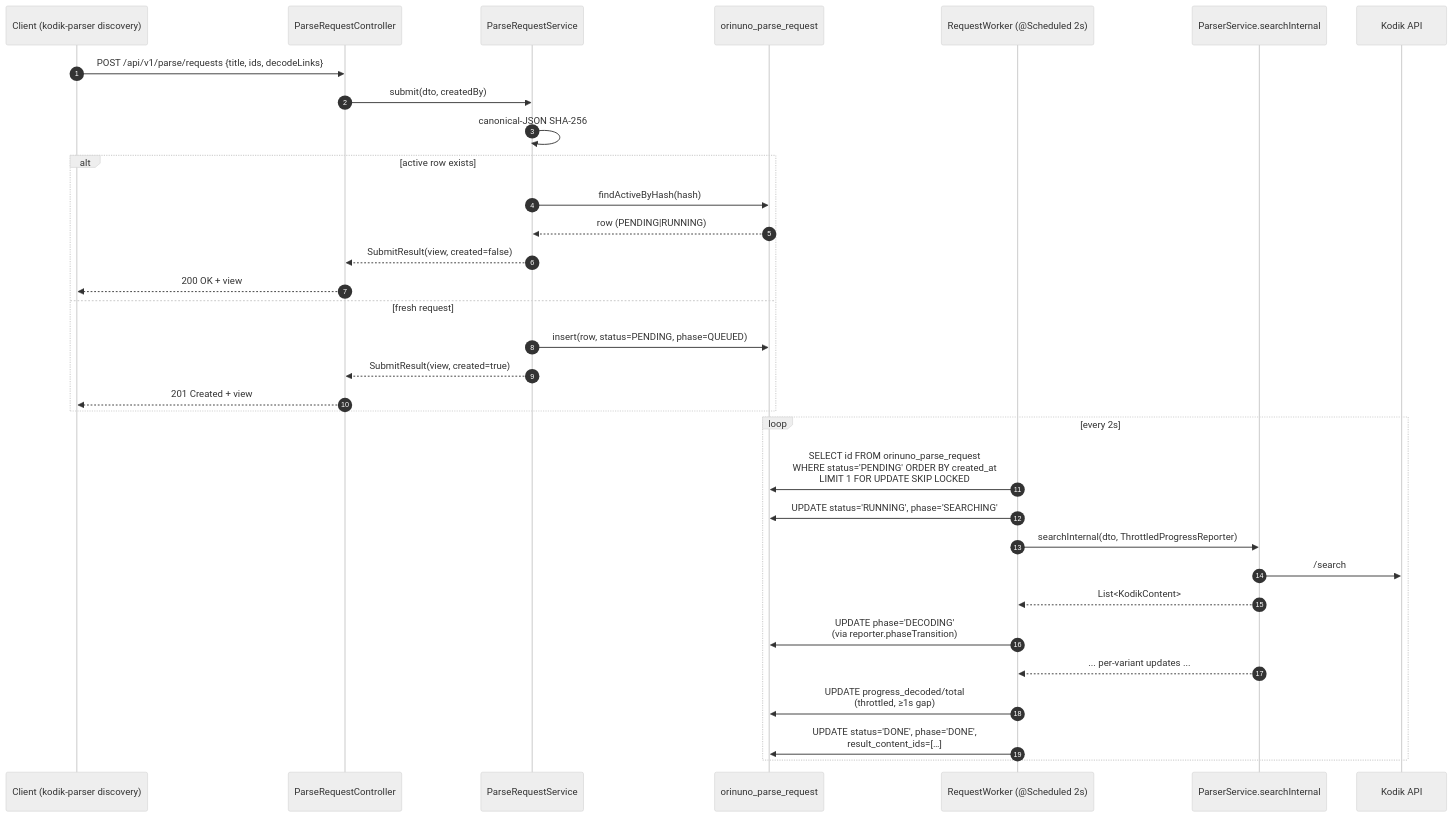
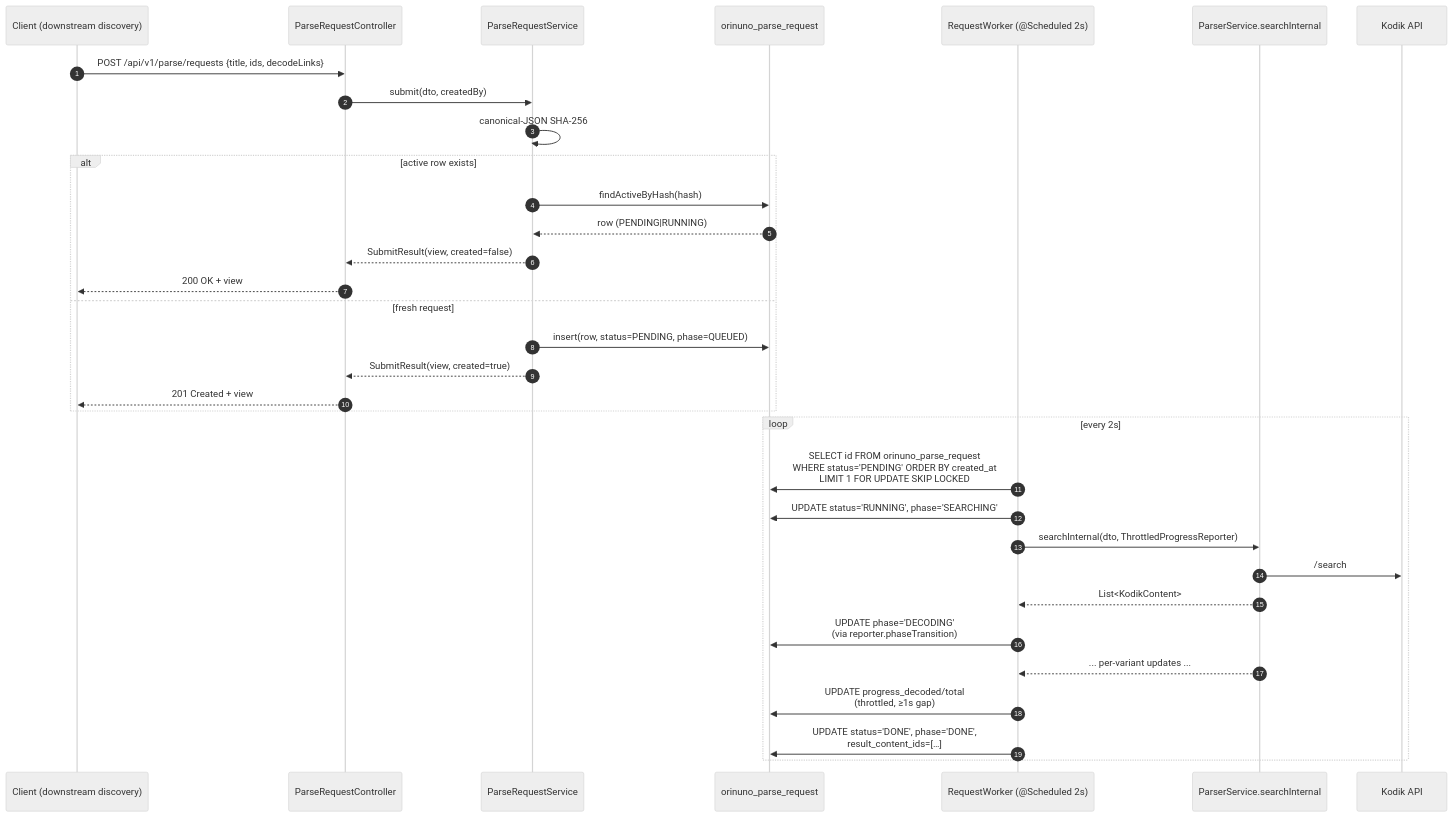
One commit to Samehadar/orinuno changed the first of 2 diagrams in docs-site/src/content/docs/architecture/parse-requests.md. Above: the diagram before and after it, drawn with Mermaid (neutral theme). The commit also changed other lines of this file and 54 other files, not shown here.

````diff
--- a/docs-site/src/content/docs/architecture/parse-requests.md
+++ b/docs-site/src/content/docs/architecture/parse-requests.md
@@ -21,37 +21,37 @@
 ```mermaid
 sequenceDiagram
     autonumber
-    participant Client as Client (kodik-parser discovery)
+    participant Client as Client (downstream discovery)
     participant API as ParseRequestController
     participant Service as ParseRequestService
     participant DB as orinuno_parse_request
     participant Worker as RequestWorker (@Scheduled 2s)
     participant Parser as ParserService.searchInternal
     participant Kodik as Kodik API
 
     Client->>API: POST /api/v1/parse/requests {title, ids, decodeLinks}
     API->>Service: submit(dto, createdBy)
     Service->>Service: canonical-JSON SHA-256
     alt active row exists
         Service->>DB: findActiveByHash(hash)
         DB-->>Service: row (PENDING|RUNNING)
         Service-->>API: SubmitResult(view, created=false)
         API-->>Client: 200 OK + view
     else fresh request
         Service->>DB: insert(row, status=PENDING, phase=QUEUED)
         Service-->>API: SubmitResult(view, created=true)
         API-->>Client: 201 Created + view
     end
 
     loop every 2s
         Worker->>DB: SELECT id FROM orinuno_parse_request<br/>WHERE status='PENDING' ORDER BY created_at<br/>LIMIT 1 FOR UPDATE SKIP LOCKED
         Worker->>DB: UPDATE status='RUNNING', phase='SEARCHING'
         Worker->>Parser: searchInternal(dto, ThrottledProgressReporter)
         Parser->>Kodik: /search
         Parser-->>Worker: List<KodikContent>
         Worker->>DB: UPDATE phase='DECODING'<br/>(via reporter.phaseTransition)
         Parser-->>Worker: ... per-variant updates ...
         Worker->>DB: UPDATE progress_decoded/total<br/>(throttled, ≥1s gap)
         Worker->>DB: UPDATE status='DONE', phase='DONE',<br/>result_content_ids=[…]
     end
 ```
````
